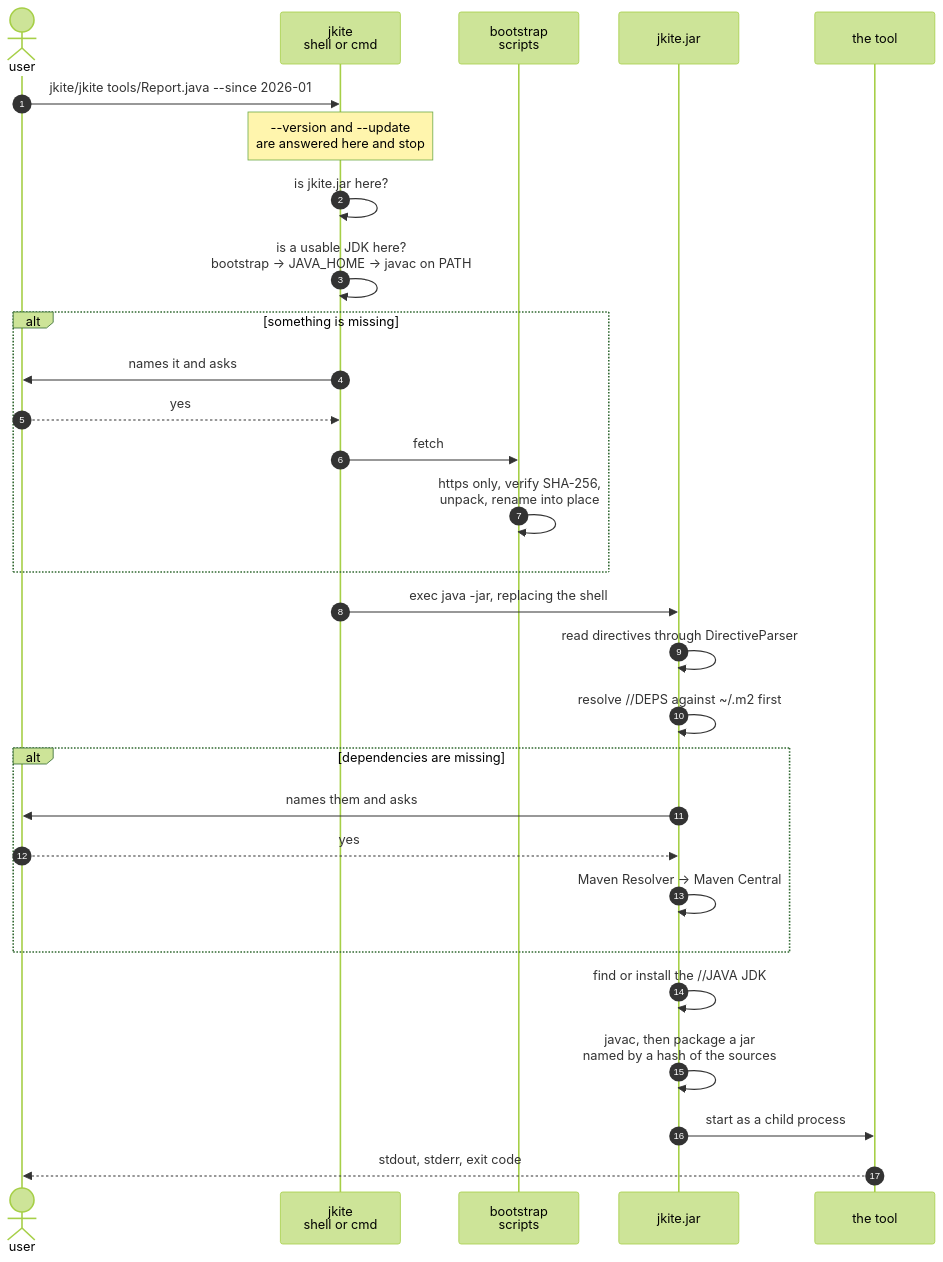
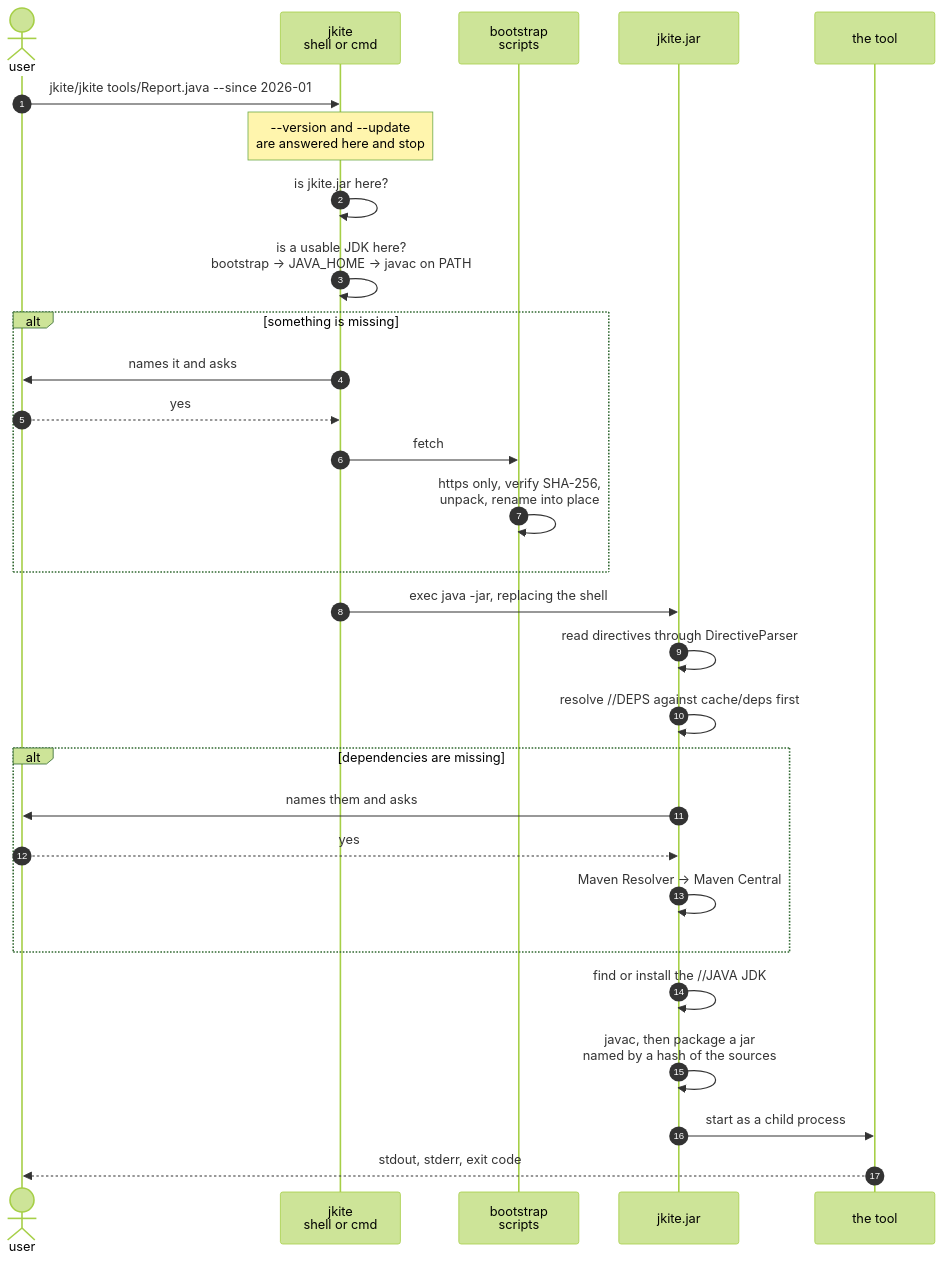
The second of 3 diagrams in docs/ARCHITECTURE.md (instreest/jbang), drawn with Mermaid (forest theme) before and after one commit. The commit also changed other lines of this file and 6 other files, not shown here.

````diff
--- a/docs/ARCHITECTURE.md
+++ b/docs/ARCHITECTURE.md
@@ -39,32 +39,32 @@
 ```mermaid
 sequenceDiagram
   autonumber
   actor U as user
   participant L as jkite<br/>shell or cmd
   participant BS as bootstrap<br/>scripts
   participant JAR as jkite.jar
   participant SC as the tool
 
   U->>L: jkite/jkite tools/Report.java --since 2026-01
   Note over L: --version and --update<br/>are answered here and stop
   L->>L: is jkite.jar here?
   L->>L: is a usable JDK here?<br/>bootstrap → JAVA_HOME → javac on PATH
   alt something is missing
     L->>U: names it and asks
     U-->>L: yes
     L->>BS: fetch
     BS->>BS: https only, verify SHA-256,<br/>unpack, rename into place
   end
   L->>JAR: exec java -jar, replacing the shell
   JAR->>JAR: read directives through DirectiveParser
-  JAR->>JAR: resolve //DEPS against ~/.m2 first
+  JAR->>JAR: resolve //DEPS against cache/deps first
   alt dependencies are missing
     JAR->>U: names them and asks
     U-->>JAR: yes
     JAR->>JAR: Maven Resolver → Maven Central
   end
   JAR->>JAR: find or install the //JAVA JDK
   JAR->>JAR: javac, then package a jar<br/>named by a hash of the sources
   JAR->>SC: start as a child process
   SC-->>U: stdout, stderr, exit code
 ```
````
